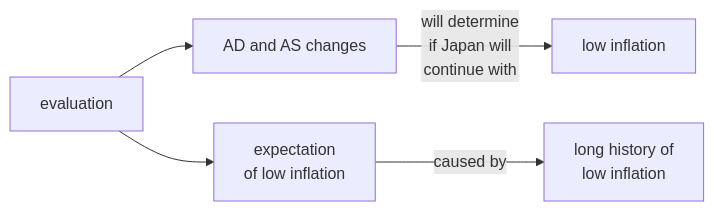
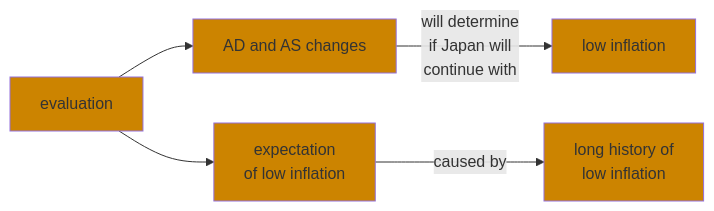
The fourth of 5 diagrams in docs/media/mermaid/2iec-econ-drq-unit4.md (econmediadb/slides), drawn with Mermaid before and after one commit. The commit also changed other lines of this file, not shown here.

````diff
--- a/docs/media/mermaid/2iec-econ-drq-unit4.md
+++ b/docs/media/mermaid/2iec-econ-drq-unit4.md
@@ -122,10 +143,18 @@
 ```mermaid
 graph LR;
     A[evaluation] 
 
     A --> A1[AD and AS changes]
     A1 -- will determine <br> if Japan will <br> continue with --> A1a[low inflation] 
 
     A --> A2[expectation <br> of low inflation]
     A2 -- caused by --> A21[long history of <br> low inflation]
+
+    style A fill:#CC8400
+
+    style A1 fill:#CC8400 
+    style A1a fill:#CC8400 
+
+    style A2 fill:#CC8400
+    style A21 fill:#CC8400     
 ```
````
